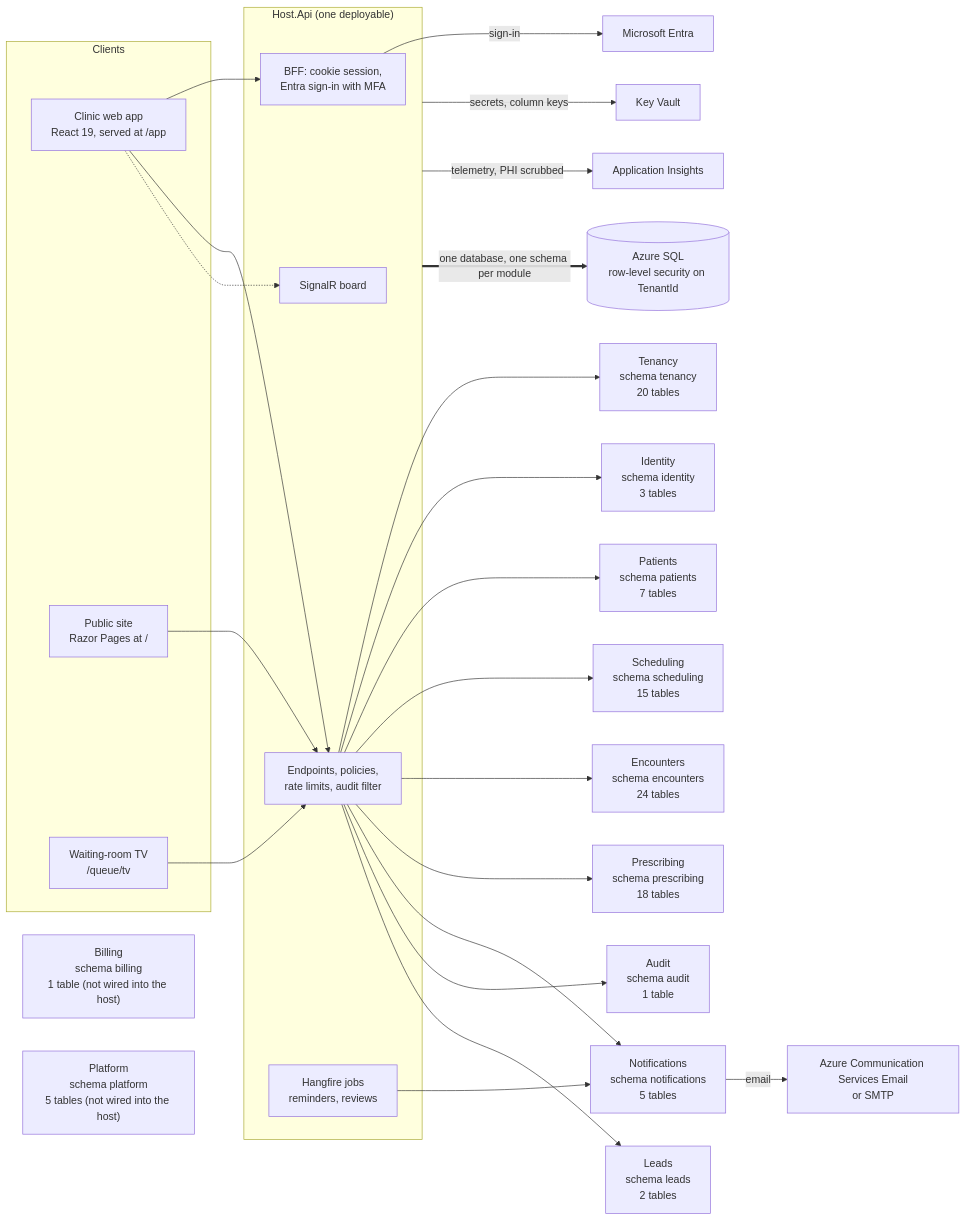
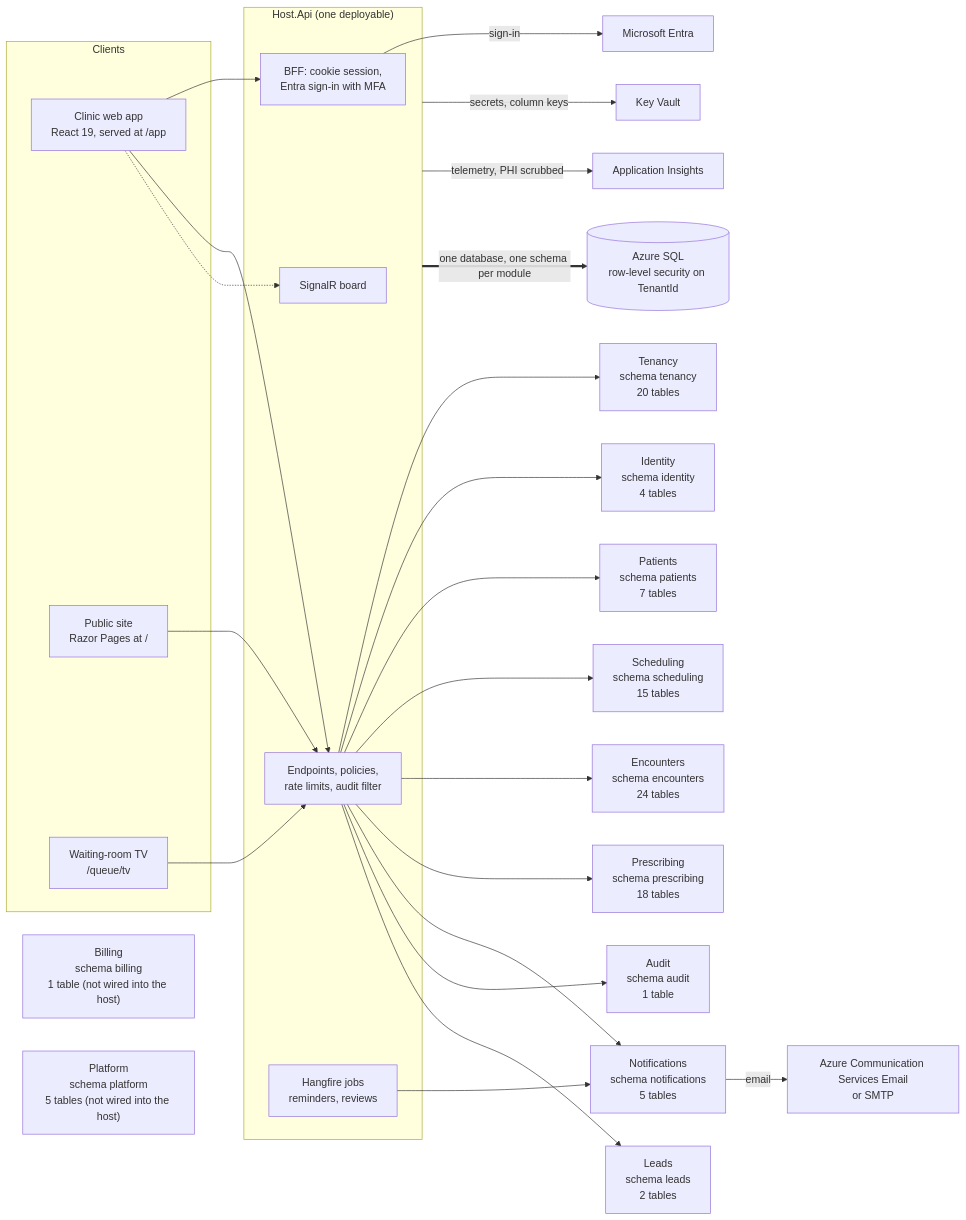
The first of 14 diagrams in docs/03-architecture/erd.md (ALFRED-LUCIFER/medvya), drawn with Mermaid before and after one commit. The commit also changed other lines of this file and 33 other files, not shown here.

````diff
--- a/docs/03-architecture/erd.md
+++ b/docs/03-architecture/erd.md
@@ -15,36 +15,36 @@
 ```mermaid
 flowchart LR
   subgraph Clients
     web["Clinic web app<br/>React 19, served at /app"]
     site["Public site<br/>Razor Pages at /"]
     tv["Waiting-room TV<br/>/queue/tv"]
   end
   subgraph Host["Host.Api (one deployable)"]
     bff["BFF: cookie session,<br/>Entra sign-in with MFA"]
     api["Endpoints, policies,<br/>rate limits, audit filter"]
     hub["SignalR board"]
     jobs["Hangfire jobs<br/>reminders, reviews"]
   end
   web --> bff
   web --> api
   web -.-> hub
   tv --> api
   site --> api
   api --> Tenancy["Tenancy<br/>schema tenancy<br/>20 tables"]
-  api --> Identity["Identity<br/>schema identity<br/>3 tables"]
+  api --> Identity["Identity<br/>schema identity<br/>4 tables"]
   api --> Patients["Patients<br/>schema patients<br/>7 tables"]
   api --> Scheduling["Scheduling<br/>schema scheduling<br/>15 tables"]
   api --> Encounters["Encounters<br/>schema encounters<br/>24 tables"]
   api --> Prescribing["Prescribing<br/>schema prescribing<br/>18 tables"]
   api --> Notifications["Notifications<br/>schema notifications<br/>5 tables"]
   api --> Audit["Audit<br/>schema audit<br/>1 table"]
   api --> Leads["Leads<br/>schema leads<br/>2 tables"]
   Billing["Billing<br/>schema billing<br/>1 table (not wired into the host)"]
   Platform["Platform<br/>schema platform<br/>5 tables (not wired into the host)"]
   jobs --> Notifications
   bff -->|"sign-in"| entra["Microsoft Entra"]
   Notifications -->|"email"| mail["Azure Communication Services Email<br/>or SMTP"]
   Host -->|"secrets, column keys"| kv["Key Vault"]
   Host -->|"telemetry, PHI scrubbed"| ai["Application Insights"]
   Host ==>|"one database, one schema per module"| sql[("Azure SQL<br/>row-level security on TenantId")]
 ```
````
